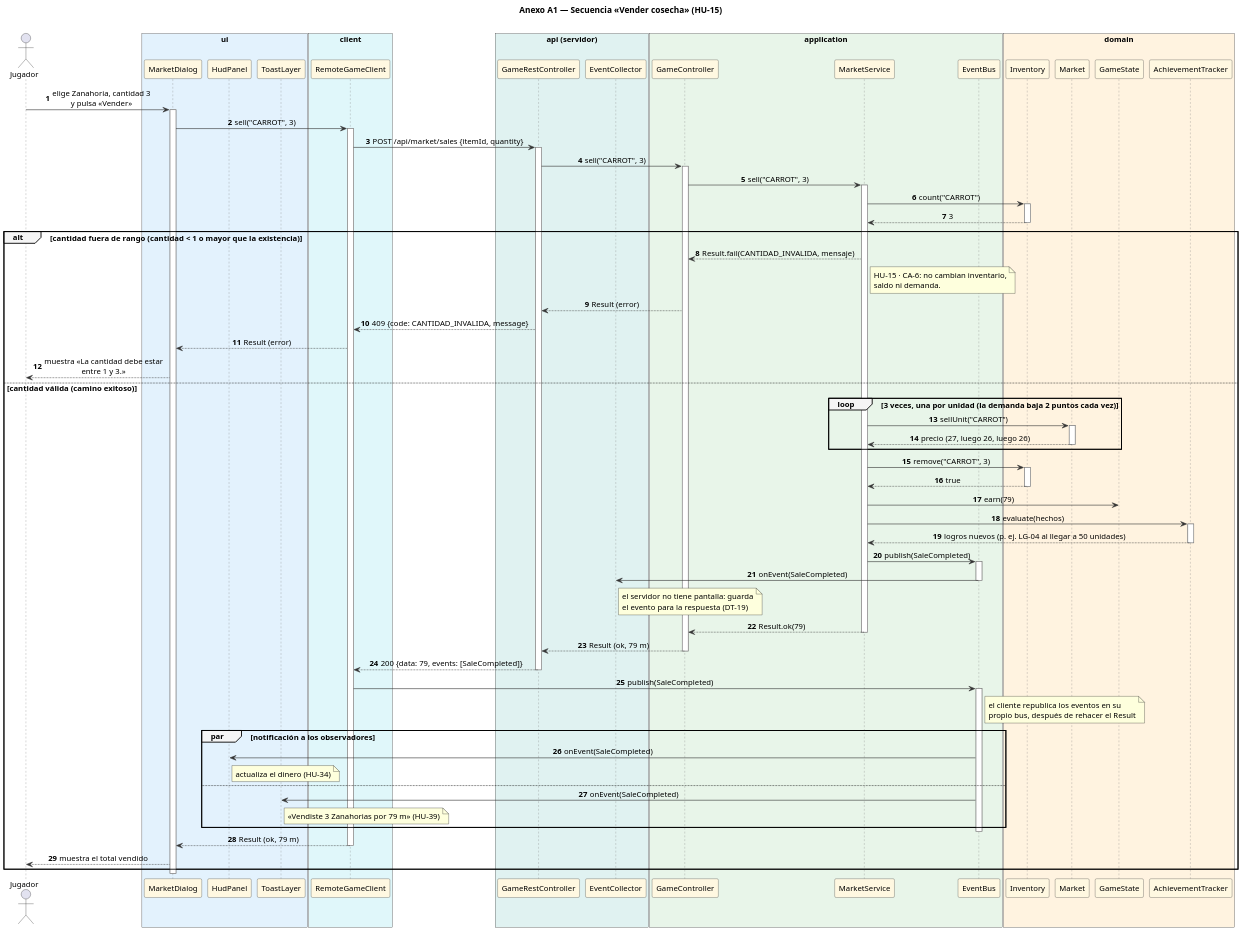
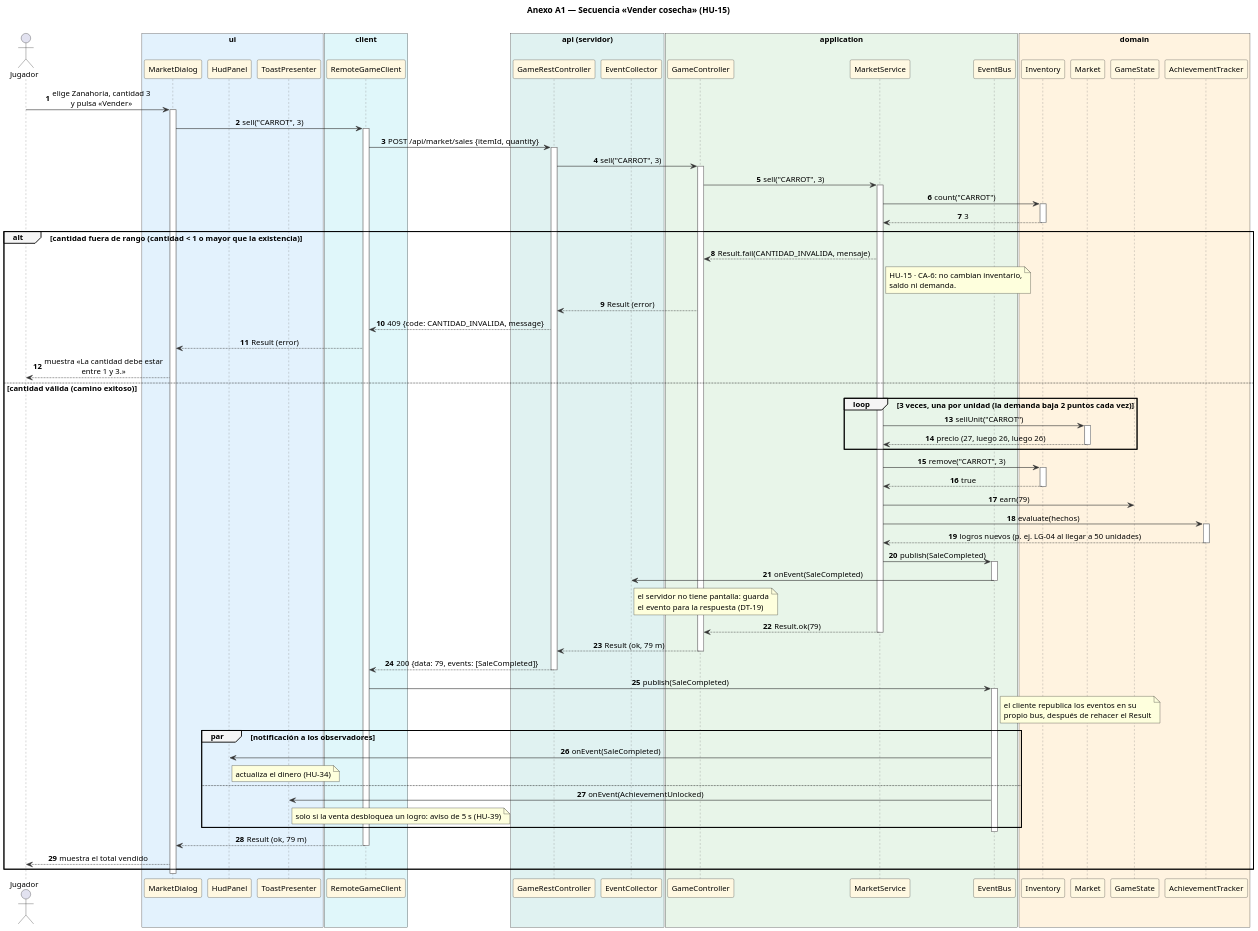
One commit to MarioZaMu/valle-verde changed the diagram in docs/diagramas/A1_secuencia_vender_cosecha.puml. Above: the diagram before and after it, drawn with PlantUML. The commit also changed 10 other files, not shown here.

Commit message:
docs(architecture): record phase 5.6 results, extend the API reference, add ASSETS.md and update the logical and development diagrams

```diff
--- a/docs/diagramas/A1_secuencia_vender_cosecha.puml
+++ b/docs/diagramas/A1_secuencia_vender_cosecha.puml
@@ -1,118 +1,118 @@
 @startuml A1_secuencia_vender_cosecha
 /'
   Anexo A1 — Diagrama de secuencia «Vender cosecha»  ·  Cubre: HU-15 (CA-1, CA-6), HU-26 (LG-04), HU-38, HU-34, HU-39;
   RF-15, RF-26, RF-34, RF-38, RF-39; RN-14, RN-15, RN-17, RN-18, RN-28, RN-35.
   Con cliente y servidor: la orden cruza HTTP (los mensajes HTTP se rotulan con el verbo y la ruta, ver docs/API.md).
   Taller bloque 7: cada mensaje corresponde a una operación del diagrama de clases (03_vista_logica) y el flujo incluye
   el camino exitoso y el camino de error. Ejemplo numérico: 3 Zanahorias en Primavera con demanda 100 → 27 + 26 + 26 = 79 m.
 '/
 skinparam dpi 150
 skinparam shadowing false
 skinparam defaultFontName Arial
 skinparam defaultFontSize 13
 skinparam sequenceMessageAlign center
 skinparam sequence {
   ArrowColor #333333
   LifeLineBorderColor #7F7F7F
   ParticipantBackgroundColor #FFF8E1
   ParticipantBorderColor #333333
   GroupBackgroundColor #F5F5F5
 }
 autonumber "<b>0"
 
 title Anexo A1 — Secuencia «Vender cosecha» (HU-15)\n
 
 actor Jugador
 box "ui" #E3F2FD
   participant MarketDialog
   participant HudPanel
-  participant ToastLayer
+  participant ToastPresenter
 end box
 box "client" #E0F7FA
   participant RemoteGameClient
 end box
 box "api (servidor)" #E0F2F1
   participant GameRestController
   participant EventCollector
 end box
 box "application" #E8F5E9
   participant GameController
   participant MarketService
   participant EventBus
 end box
 box "domain" #FFF3E0
   participant Inventory
   participant Market
   participant GameState
   participant AchievementTracker
 end box
 
 Jugador -> MarketDialog : elige Zanahoria, cantidad 3\ny pulsa «Vender»
 activate MarketDialog
 MarketDialog -> RemoteGameClient : sell("CARROT", 3)
 activate RemoteGameClient
 RemoteGameClient -> GameRestController : POST /api/market/sales {itemId, quantity}
 activate GameRestController
 GameRestController -> GameController : sell("CARROT", 3)
 activate GameController
 GameController -> MarketService : sell("CARROT", 3)
 activate MarketService
 MarketService -> Inventory : count("CARROT")
 activate Inventory
 Inventory --> MarketService : 3
 deactivate Inventory
 
 alt cantidad fuera de rango (cantidad < 1 o mayor que la existencia)
   MarketService --> GameController : Result.fail(CANTIDAD_INVALIDA, mensaje)
   note right of MarketService
     HU-15 · CA-6: no cambian inventario,
     saldo ni demanda.
   end note
   GameController --> GameRestController : Result (error)
   GameRestController --> RemoteGameClient : 409 {code: CANTIDAD_INVALIDA, message}
   RemoteGameClient --> MarketDialog : Result (error)
   MarketDialog --> Jugador : muestra «La cantidad debe estar\nentre 1 y 3.»
 else cantidad válida (camino exitoso)
   loop 3 veces, una por unidad (la demanda baja 2 puntos cada vez)
     MarketService -> Market : sellUnit("CARROT")
     activate Market
     Market --> MarketService : precio (27, luego 26, luego 26)
     deactivate Market
   end
   MarketService -> Inventory : remove("CARROT", 3)
   activate Inventory
   Inventory --> MarketService : true
   deactivate Inventory
   MarketService -> GameState : earn(79)
   MarketService -> AchievementTracker : evaluate(hechos)
   activate AchievementTracker
   AchievementTracker --> MarketService : logros nuevos (p. ej. LG-04 al llegar a 50 unidades)
   deactivate AchievementTracker
   MarketService -> EventBus : publish(SaleCompleted)
   activate EventBus
   EventBus -> EventCollector : onEvent(SaleCompleted)
   note right of EventCollector : el servidor no tiene pantalla: guarda\nel evento para la respuesta (DT-19)
   deactivate EventBus
   MarketService --> GameController : Result.ok(79)
   deactivate MarketService
   GameController --> GameRestController : Result (ok, 79 m)
   deactivate GameController
   GameRestController --> RemoteGameClient : 200 {data: 79, events: [SaleCompleted]}
   deactivate GameRestController
   RemoteGameClient -> EventBus : publish(SaleCompleted)
   note right of EventBus : el cliente republica los eventos en su\npropio bus, después de rehacer el Result
   activate EventBus
   par notificación a los observadores
     EventBus -> HudPanel : onEvent(SaleCompleted)
     note right of HudPanel : actualiza el dinero (HU-34)
   else
-    EventBus -> ToastLayer : onEvent(SaleCompleted)
-    note right of ToastLayer : «Vendiste 3 Zanahorias por 79 m» (HU-39)
+    EventBus -> ToastPresenter : onEvent(AchievementUnlocked)
+    note right of ToastPresenter : solo si la venta desbloquea un logro: aviso de 5 s (HU-39)
   end
   deactivate EventBus
   RemoteGameClient --> MarketDialog : Result (ok, 79 m)
   deactivate RemoteGameClient
   MarketDialog --> Jugador : muestra el total vendido
 end
 deactivate MarketDialog
 @enduml
```
